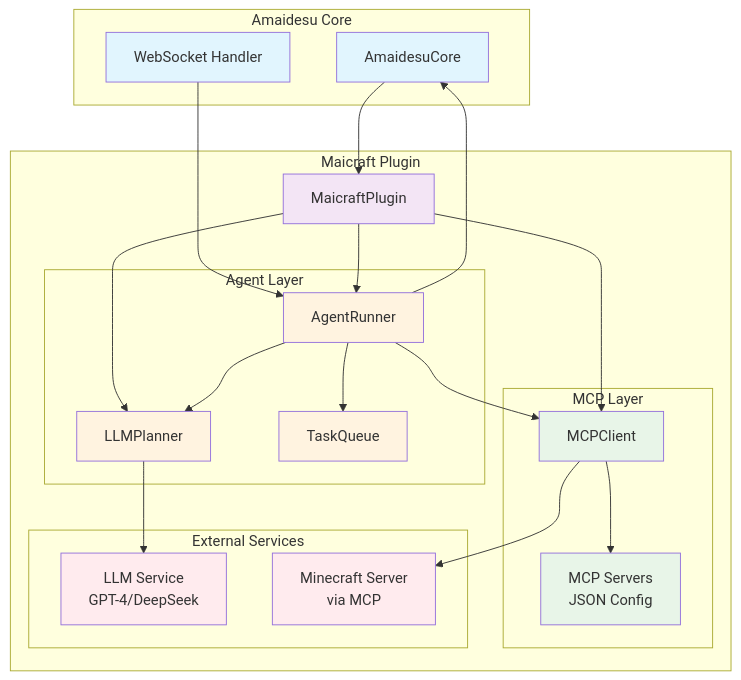
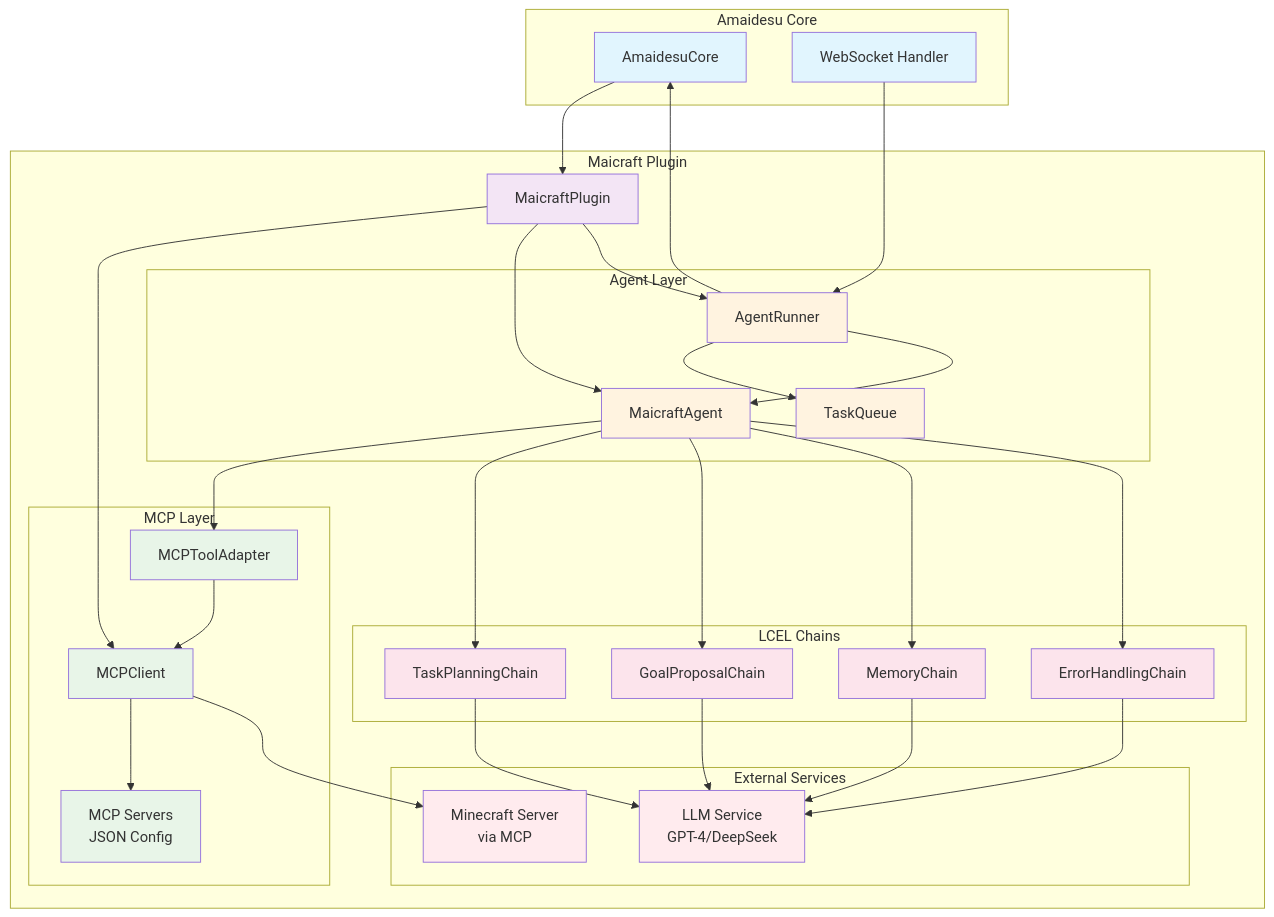
One commit to ChangingSelf/MaiBot-Vtuber changed the first of 2 diagrams in src/plugins/maicraft/README.md. Above: the diagram before and after it, drawn with Mermaid. The commit also changed other lines of this file and 16 other files, not shown here.

````diff
--- a/src/plugins/maicraft/README.md
+++ b/src/plugins/maicraft/README.md
@@ -14,55 +20,75 @@
 ```mermaid
 graph TB
     subgraph "Amaidesu Core"
         Core[AmaidesuCore]
         WS[WebSocket Handler]
     end
     
     subgraph "Maicraft Plugin"
         Plugin[MaicraftPlugin]
         
         subgraph "MCP Layer"
             MCPClient[MCPClient]
+            ToolAdapter[MCPToolAdapter]
             MCPServers[MCP Servers<br/>JSON Config]
         end
         
         subgraph "Agent Layer"
             Runner[AgentRunner]
-            Planner[LLMPlanner]
+            Agent[MaicraftAgent]
             TaskQueue[TaskQueue]
+        end
+        
+        subgraph "LCEL Chains"
+            TaskChain[TaskPlanningChain]
+            GoalChain[GoalProposalChain]
+            MemoryChain[MemoryChain]
+            ErrorChain[ErrorHandlingChain]
         end
         
         subgraph "External Services"
             LLM[LLM Service<br/>GPT-4/DeepSeek]
             MinecraftServer[Minecraft Server<br/>via MCP]
         end
     end
     
     Core --> Plugin
     WS --> Runner
     Plugin --> MCPClient
+    Plugin --> Agent
     Plugin --> Runner
-    Plugin --> Planner
     
     Runner --> TaskQueue
-    Runner --> Planner
-    Runner --> MCPClient
+    Runner --> Agent
     
+    Agent --> ToolAdapter
+    Agent --> TaskChain
+    Agent --> GoalChain
+    Agent --> MemoryChain
+    Agent --> ErrorChain
+    
+    ToolAdapter --> MCPClient
     MCPClient --> MCPServers
     MCPClient --> MinecraftServer
-    Planner --> LLM
+    
+    TaskChain --> LLM
+    GoalChain --> LLM
+    MemoryChain --> LLM
+    ErrorChain --> LLM
     
     Runner --> Core
     
     classDef core fill:#e1f5fe
     classDef plugin fill:#f3e5f5
     classDef mcp fill:#e8f5e8
     classDef agent fill:#fff3e0
+    classDef chains fill:#fce4ec
     classDef external fill:#ffebee
     
     class Core,WS core
     class Plugin plugin
-    class MCPClient,MCPServers mcp
-    class Runner,Planner,TaskQueue agent
+    class MCPClient,ToolAdapter,MCPServers mcp
+    class Runner,Agent,TaskQueue agent
+    class TaskChain,GoalChain,MemoryChain,ErrorChain chains
     class LLM,MinecraftServer external
 ```
````
